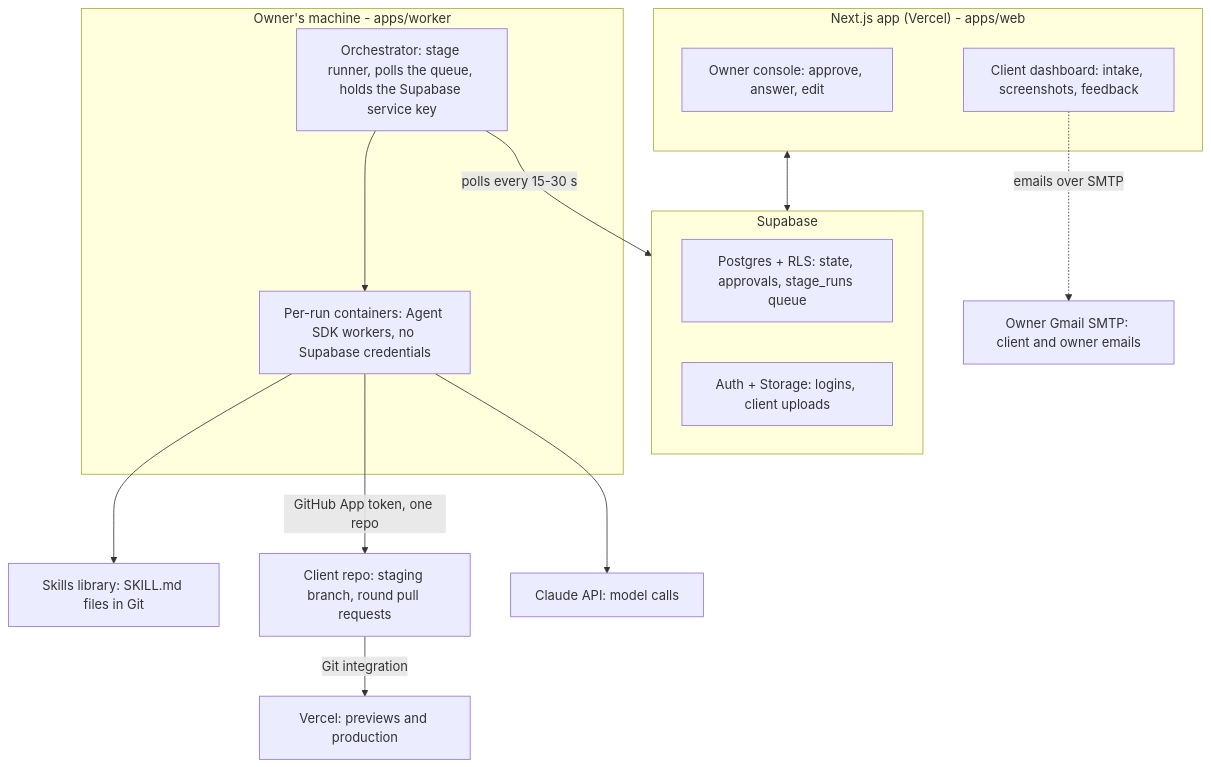
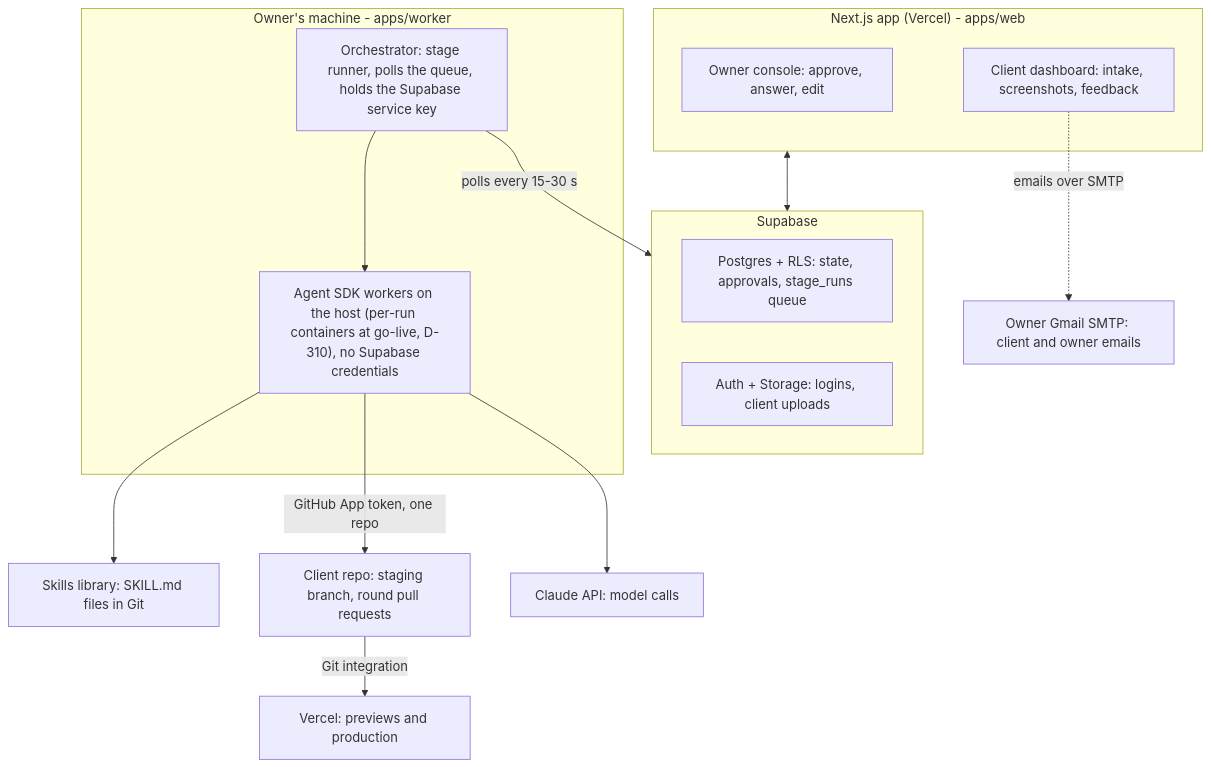
Before and after one commit to ajp99/webdev-pipeline-engine: the diagram in docs/spec/02-architecture.md, drawn with Mermaid. The commit also changed 12 other files, not shown here.

First line of the commit message:
D-310 to D-312: Builder on the host until go-live, selective mutation runs

````diff
--- a/docs/spec/02-architecture.md
+++ b/docs/spec/02-architecture.md
@@ -7,23 +7,23 @@
 ```mermaid
 flowchart TB
   subgraph vercel["Next.js app (Vercel) - apps/web"]
     owner["Owner console: approve, answer, edit"]
     client["Client dashboard: intake, screenshots, feedback"]
   end
   subgraph supabase["Supabase"]
     pg["Postgres + RLS: state, approvals, stage_runs queue"]
     auth["Auth + Storage: logins, client uploads"]
   end
   subgraph machine["Owner's machine - apps/worker"]
     runner["Orchestrator: stage runner, polls the queue, holds the Supabase service key"]
-    workers["Per-run containers: Agent SDK workers, no Supabase credentials"]
+    workers["Agent SDK workers on the host (per-run containers at go-live, D-310), no Supabase credentials"]
   end
   vercel <--> supabase
   runner -->|"polls every 15-30 s"| supabase
   runner --> workers
   workers --> skills["Skills library: SKILL.md files in Git"]
   workers -->|"GitHub App token, one repo"| repo["Client repo: staging branch, round pull requests"]
   workers --> api["Claude API: model calls"]
   repo -->|"Git integration"| deploy["Vercel: previews and production"]
   client -.->|"emails over SMTP"| mail["Owner Gmail SMTP: client and owner emails"]
 ```
````
